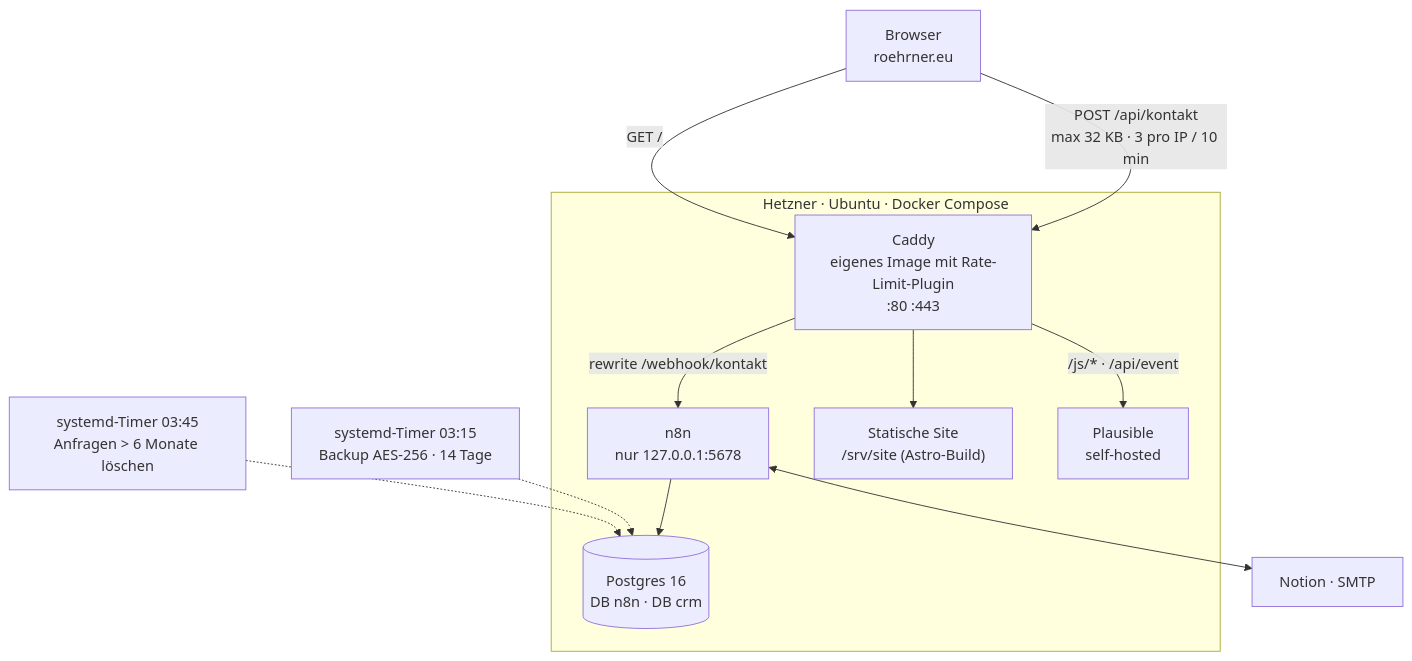
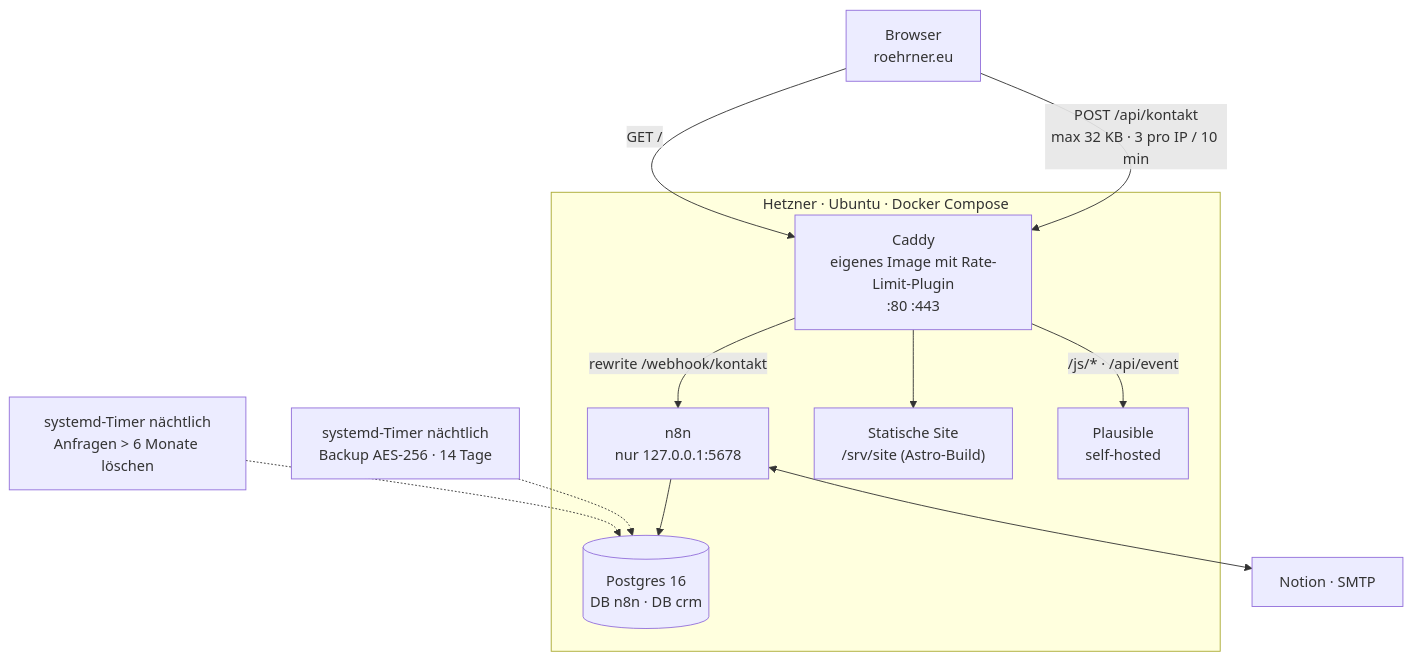
The diagram in docs/architektur.md (eliasr58/n8n-production), drawn with Mermaid before and after one commit. The commit also changed 4 other files, not shown here.

````diff
--- a/docs/architektur.md
+++ b/docs/architektur.md
@@ -7,25 +7,25 @@
 ```mermaid
 flowchart TB
     B["Browser<br/>roehrner.eu"]
 
     subgraph Server["Hetzner · Ubuntu · Docker Compose"]
         C["Caddy<br/>eigenes Image mit Rate-Limit-Plugin<br/>:80 :443"]
         N["n8n<br/>nur 127.0.0.1:5678"]
         P[("Postgres 16<br/>DB n8n · DB crm")]
         S["Statische Site<br/>/srv/site (Astro-Build)"]
         PL["Plausible<br/>self-hosted"]
     end
 
     EXT["Notion · SMTP"]
 
     B -- "POST /api/kontakt<br/>max 32 KB · 3 pro IP / 10 min" --> C
     B -- "GET /" --> C
     C --> S
     C -- "rewrite /webhook/kontakt" --> N
     C -- "/js/* · /api/event" --> PL
     N --> P
     N <--> EXT
 
-    T1["systemd-Timer 03:15<br/>Backup AES-256 · 14 Tage"] -.-> P
-    T2["systemd-Timer 03:45<br/>Anfragen > 6 Monate löschen"] -.-> P
+    T1["systemd-Timer nächtlich<br/>Backup AES-256 · 14 Tage"] -.-> P
+    T2["systemd-Timer nächtlich<br/>Anfragen > 6 Monate löschen"] -.-> P
 ```
````
